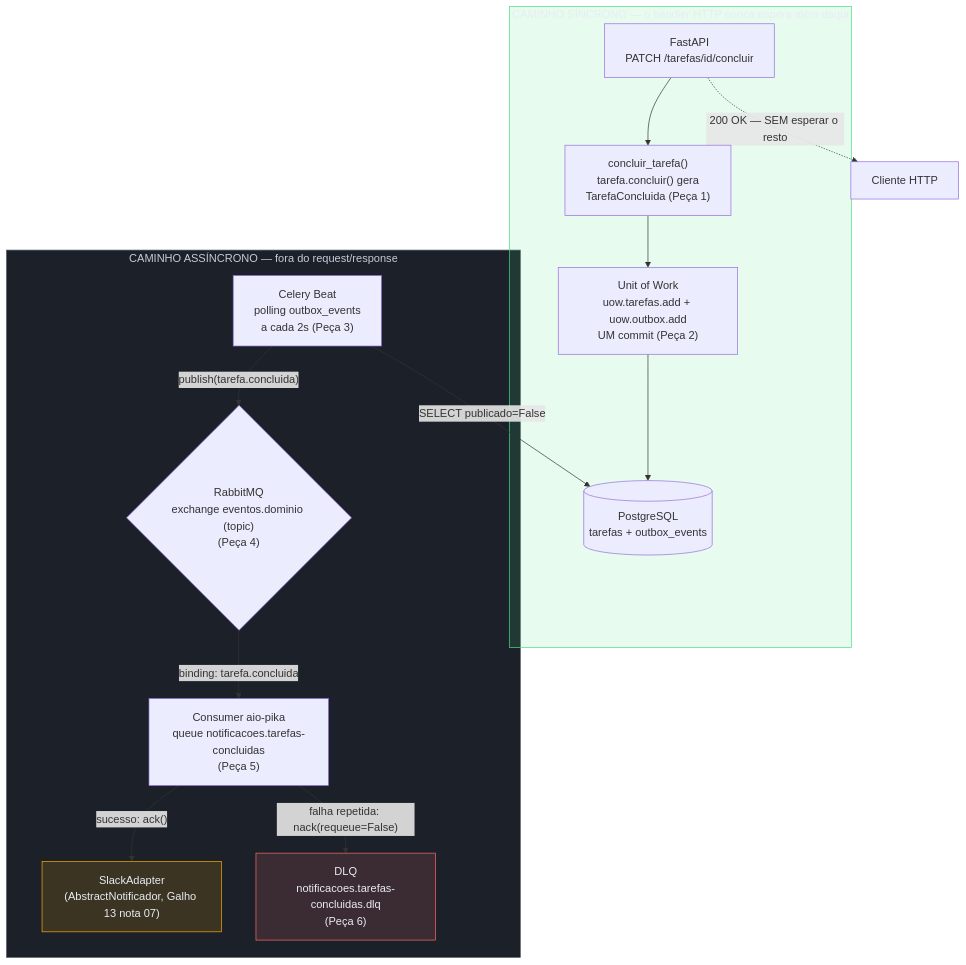
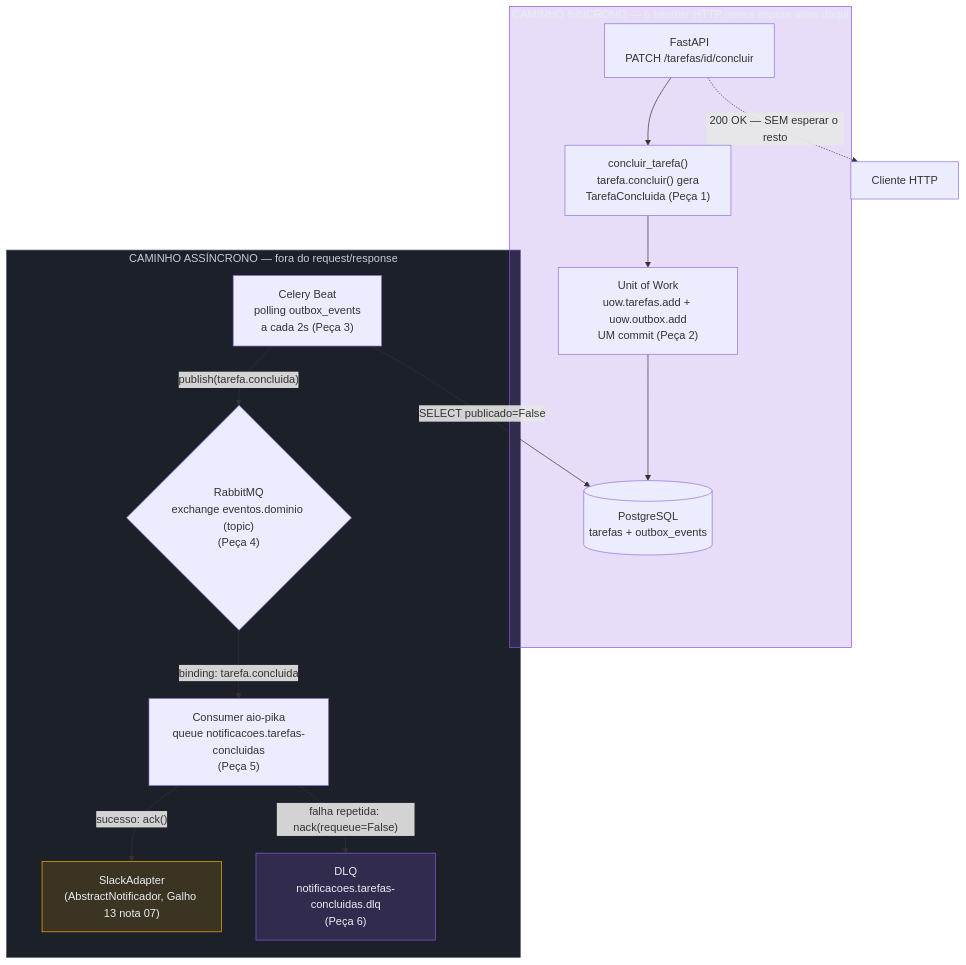
The third of 3 diagrams in 03-Dominios/Tecnologia/Python/Mensageria/08 - Capstone — processamento assíncrono na API de Tarefas.md (josenaldo/codex-technomanticus), drawn with Mermaid before and after one commit. The commit also changed other lines of this file and 601 other files, not shown here.

````diff
--- a/03-Dominios/Tecnologia/Python/Mensageria/08 - Capstone — processamento assíncrono na API de Tarefas.md
+++ b/03-Dominios/Tecnologia/Python/Mensageria/08 - Capstone — processamento assíncrono na API de Tarefas.md
@@ -487,35 +487,34 @@
 ```mermaid
 flowchart TB
-    classDef ok fill:#4ADE8021,stroke:#4ADE80,color:#E9ECF2
+    classDef marca fill:#8855DF33,stroke:#8855DF,color:#E9ECF2
     classDef neutro fill:#1B2029,stroke:#4E5666,color:#C6CCD8
-    classDef falha fill:#FF6B6B24,stroke:#FF6B6B,color:#E9ECF2
     classDef destaque fill:#FFAA0024,stroke:#FFAA00,color:#E9ECF2
     subgraph Sincrono["CAMINHO SÍNCRONO — o handler HTTP nunca espera além daqui"]
         HTTP["FastAPI\nPATCH /tarefas/id/concluir"]
         SVC["concluir_tarefa()\ntarefa.concluir() gera\nTarefaConcluida (Peça 1)"]
         UOW["Unit of Work\nuow.tarefas.add + uow.outbox.add\nUM commit (Peça 2)"]
         DB[("PostgreSQL\ntarefas + outbox_events")]
     end
 
     subgraph Assincrono["CAMINHO ASSÍNCRONO — fora do request/response"]
         BEAT["Celery Beat\npolling outbox_events\na cada 2s (Peça 3)"]
         MQ{"RabbitMQ\nexchange eventos.dominio (topic)\n(Peça 4)"}
         CONSUMER["Consumer aio-pika\nqueue notificacoes.tarefas-concluidas\n(Peça 5)"]
         SLACK_ADAPTER["SlackAdapter\n(AbstractNotificador, Galho 13 nota 07)"]
         DLQ["DLQ\nnotificacoes.tarefas-concluidas.dlq\n(Peça 6)"]
     end
 
     HTTP --> SVC --> UOW --> DB
     HTTP -.->|"200 OK — SEM esperar o resto"| Cliente["Cliente HTTP"]
 
     BEAT -->|"SELECT publicado=False"| DB
     BEAT -->|"publish(tarefa.concluida)"| MQ
     MQ -->|"binding: tarefa.concluida"| CONSUMER
     CONSUMER -->|"sucesso: ack()"| SLACK_ADAPTER
     CONSUMER -->|"falha repetida: nack(requeue=False)"| DLQ
 
-    class Sincrono ok
+    class Sincrono marca
     class Assincrono neutro
-    class DLQ falha
+    class DLQ marca
     class SLACK_ADAPTER destaque
 ```
````
